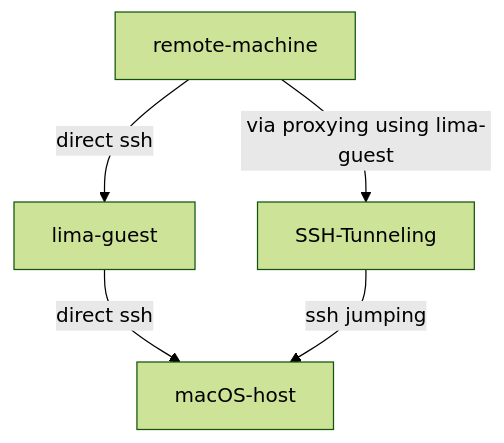
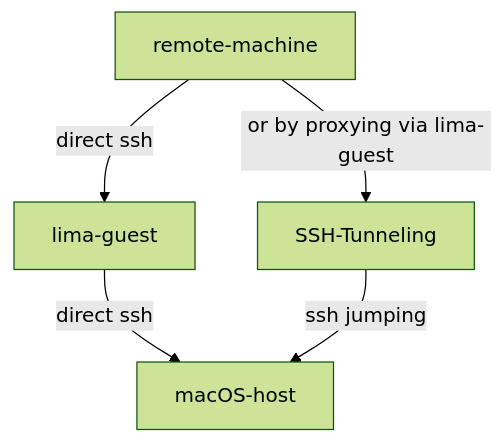
The diagram in lima/tailscale/README.md (ryuheechul/provision), drawn with Mermaid (forest theme) before and after one commit. The commit also changed other lines of this file and 2 other files, not shown here.

````diff
--- a/lima/tailscale/README.md
+++ b/lima/tailscale/README.md
@@ -36,7 +36,7 @@
 ```mermaid
 flowchart TD
     remote-machine -- direct ssh --> lima-guest
-    remote-machine -- via proxying using lima-guest --> SSH-Tunneling
+    remote-machine -- or by proxying via lima-guest --> SSH-Tunneling
     lima-guest -- direct ssh --> macOS-host
     SSH-Tunneling -- ssh jumping --> macOS-host
 ```
````
